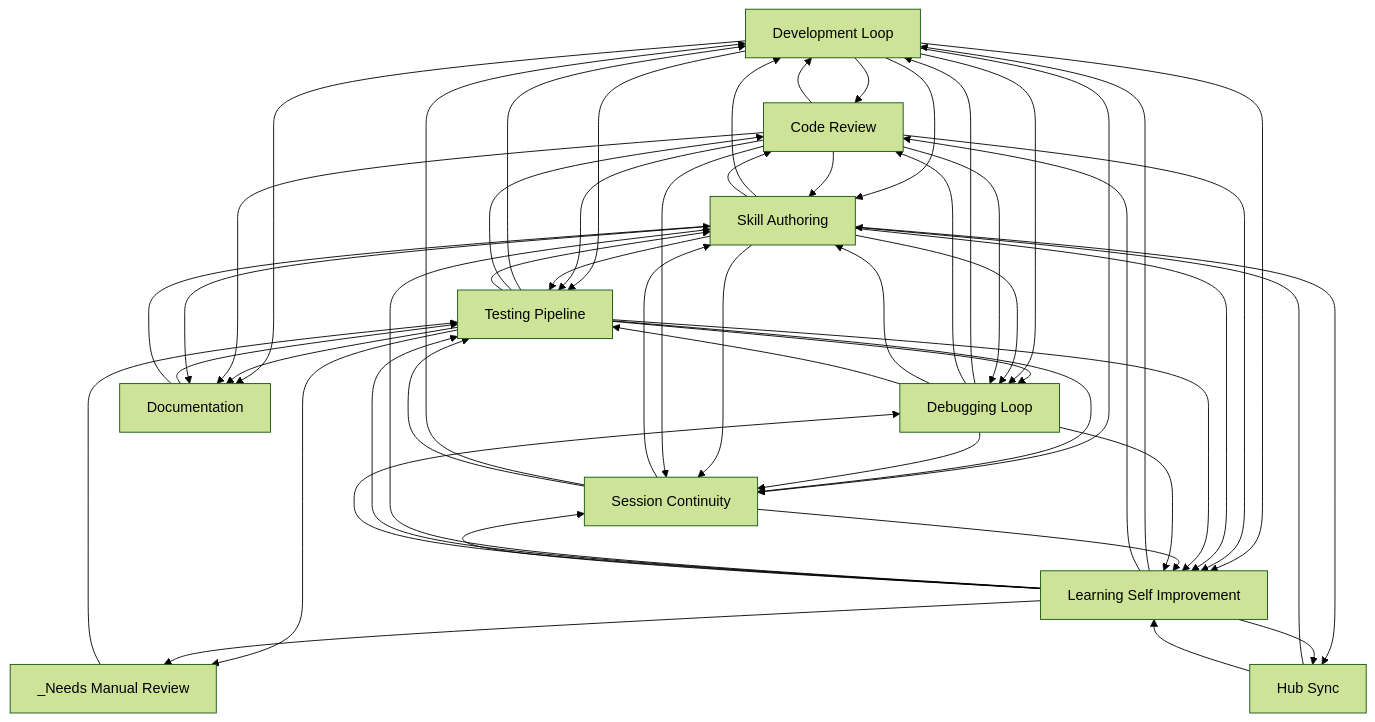
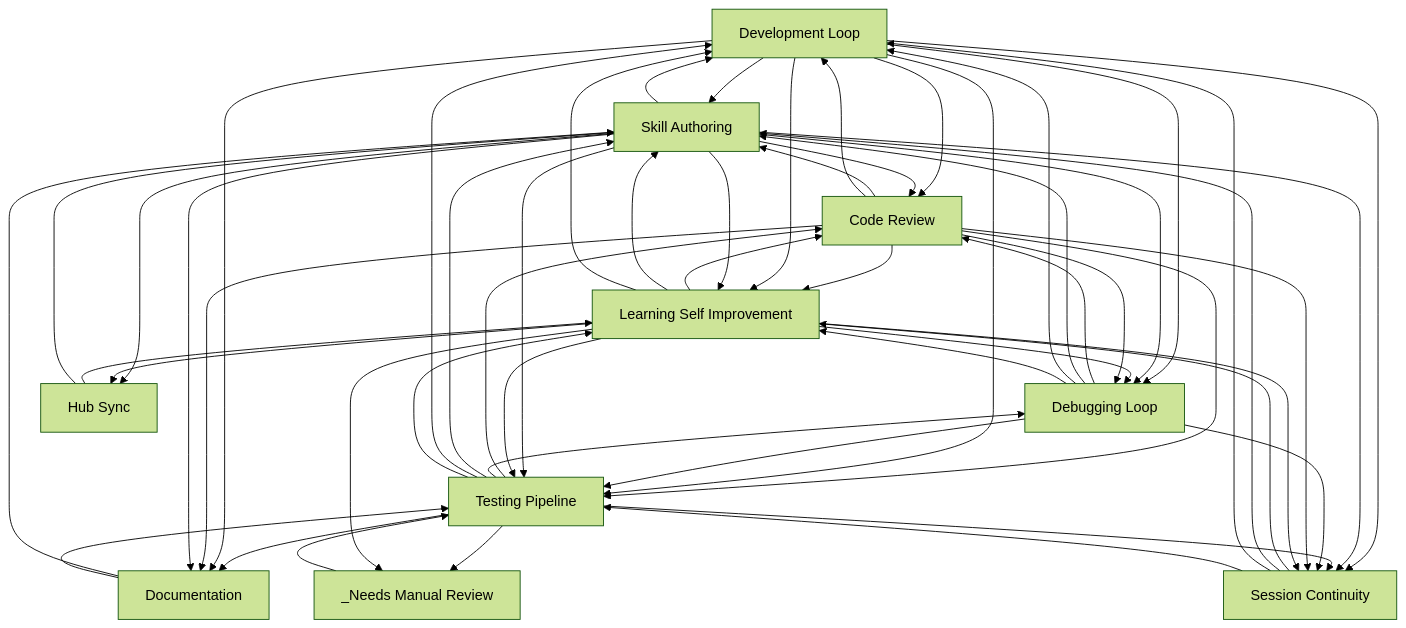
One commit to abhayla/claude-best-practices changed the diagram in docs/workflows/INDEX.md. Above: the diagram before and after it, drawn with Mermaid (forest theme). The commit also changed other lines of this file and 12 other files, not shown here.

````diff
--- a/docs/workflows/INDEX.md
+++ b/docs/workflows/INDEX.md
@@ -22,66 +22,66 @@
 ```mermaid
 graph TD
     development_loop[Development Loop]
     testing_pipeline[Testing Pipeline]
     debugging_loop[Debugging Loop]
     learning_self_improvement[Learning Self Improvement]
     session_continuity[Session Continuity]
     skill_authoring[Skill Authoring]
     code_review[Code Review]
     documentation[Documentation]
     hub_sync[Hub Sync]
     _needs_manual_review[_Needs Manual Review]
+    documentation --> skill_authoring
     documentation --> testing_pipeline
-    documentation --> skill_authoring
+    code_review --> skill_authoring
+    code_review --> development_loop
+    development_loop --> skill_authoring
     development_loop --> code_review
-    development_loop --> skill_authoring
-    code_review --> development_loop
-    code_review --> skill_authoring
+    code_review --> learning_self_improvement
+    code_review --> testing_pipeline
+    development_loop --> learning_self_improvement
     development_loop --> testing_pipeline
-    development_loop --> learning_self_improvement
-    code_review --> testing_pipeline
-    code_review --> learning_self_improvement
+    testing_pipeline --> code_review
+    testing_pipeline --> debugging_loop
+    testing_pipeline --> skill_authoring
     testing_pipeline --> development_loop
-    testing_pipeline --> code_review
-    testing_pipeline --> skill_authoring
-    testing_pipeline --> debugging_loop
-    debugging_loop --> development_loop
     debugging_loop --> code_review
     debugging_loop --> skill_authoring
+    debugging_loop --> development_loop
     debugging_loop --> testing_pipeline
     development_loop --> debugging_loop
+    skill_authoring --> code_review
     skill_authoring --> development_loop
-    skill_authoring --> code_review
+    skill_authoring --> learning_self_improvement
     skill_authoring --> testing_pipeline
-    skill_authoring --> learning_self_improvement
+    testing_pipeline --> documentation
     development_loop --> documentation
-    testing_pipeline --> documentation
     code_review --> documentation
     development_loop --> session_continuity
     testing_pipeline --> _needs_manual_review
+    skill_authoring --> session_continuity
     testing_pipeline --> session_continuity
     debugging_loop --> session_continuity
-    skill_authoring --> session_continuity
     skill_authoring --> debugging_loop
+    learning_self_improvement --> code_review
+    learning_self_improvement --> debugging_loop
+    learning_self_improvement --> skill_authoring
     learning_self_improvement --> development_loop
-    learning_self_improvement --> code_review
-    learning_self_improvement --> skill_authoring
     learning_self_improvement --> testing_pipeline
-    learning_self_improvement --> debugging_loop
     code_review --> debugging_loop
     code_review --> session_continuity
+    learning_self_improvement --> session_continuity
     testing_pipeline --> learning_self_improvement
-    learning_self_improvement --> session_continuity
+    session_continuity --> learning_self_improvement
     session_continuity --> skill_authoring
-    session_continuity --> learning_self_improvement
     session_continuity --> development_loop
     session_continuity --> testing_pipeline
     _needs_manual_review --> testing_pipeline
     skill_authoring --> hub_sync
     debugging_loop --> learning_self_improvement
     learning_self_improvement --> hub_sync
     learning_self_improvement --> _needs_manual_review
+    hub_sync --> learning_self_improvement
     hub_sync --> skill_authoring
-    hub_sync --> learning_self_improvement
     skill_authoring --> documentation
 ```
````
